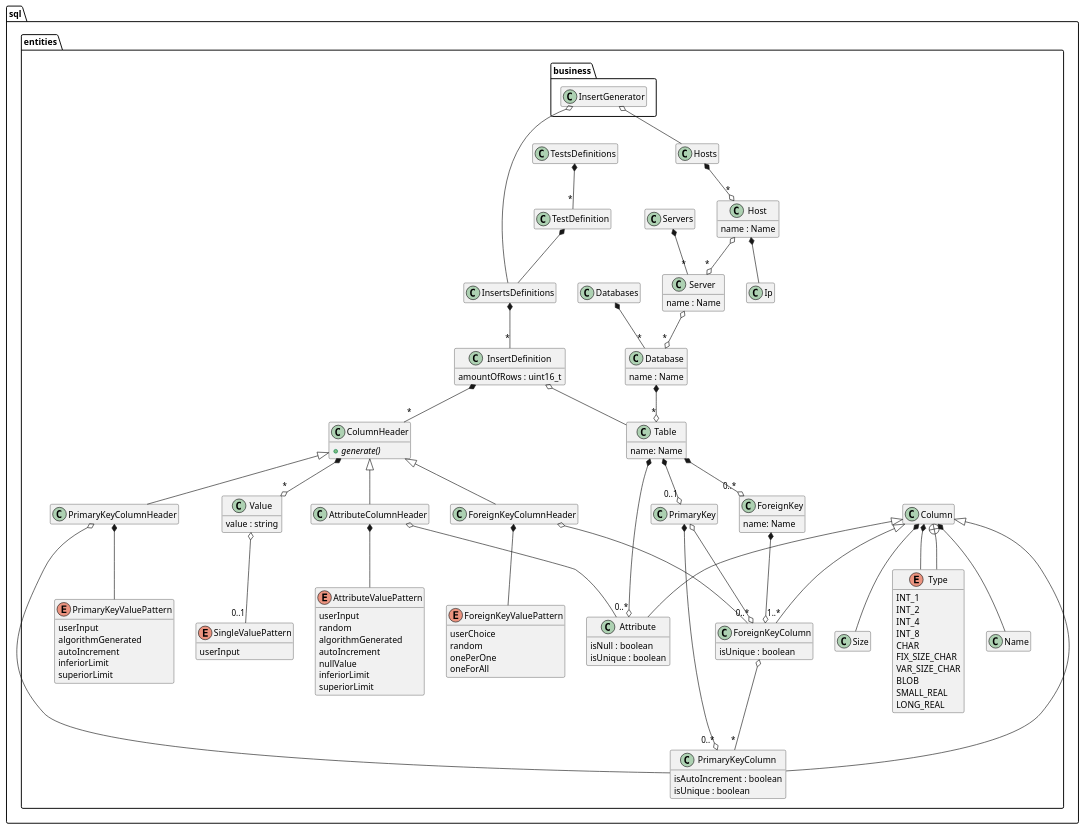
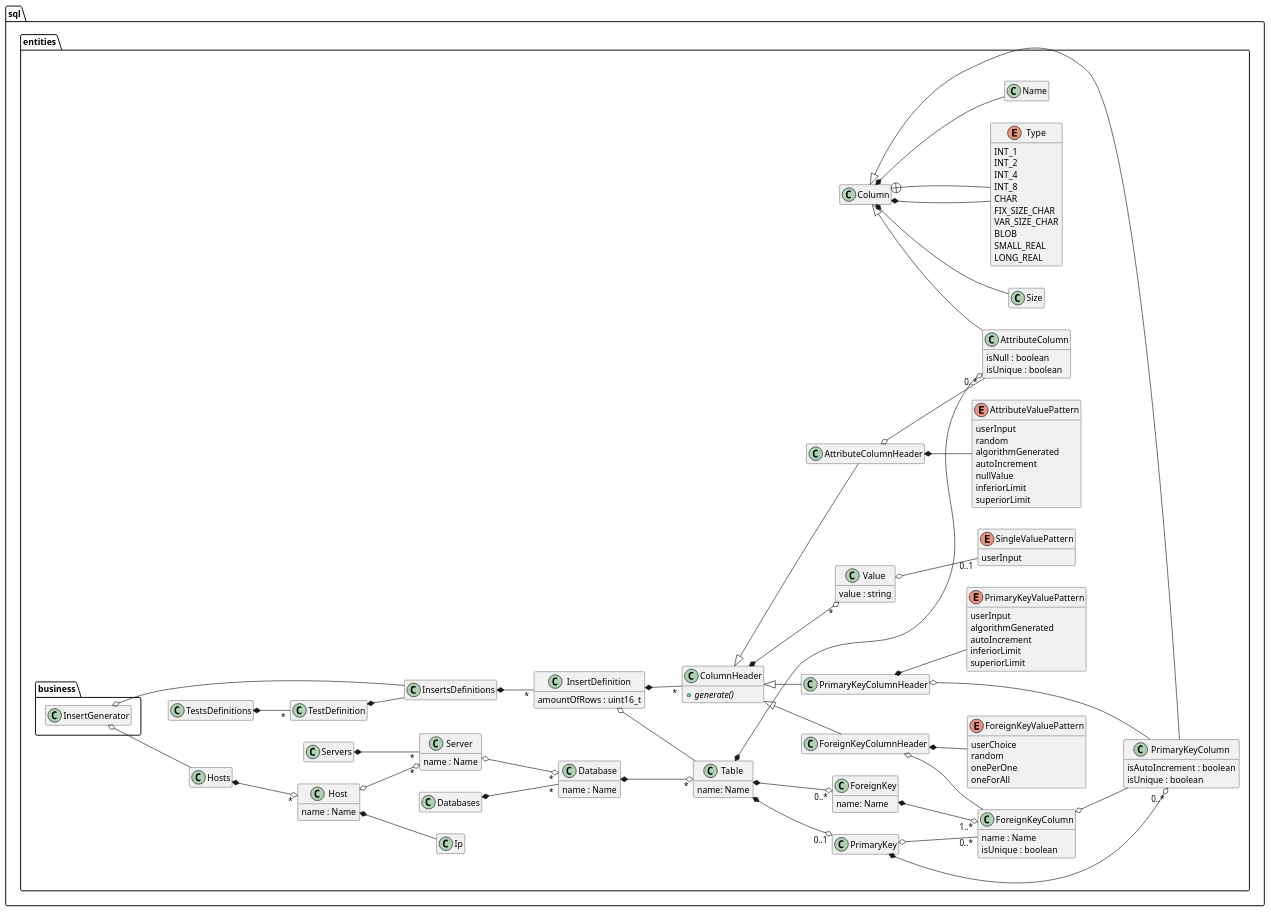
One commit to rodrigocanellas/tenacitas changed the diagram in code/sql/documents/sql.plantuml. Above: the diagram before and after it, drawn with PlantUML. The commit also changed 45 other files, not shown here.

```diff
--- a/code/sql/documents/sql.plantuml
+++ b/code/sql/documents/sql.plantuml
@@ -1,187 +1,187 @@
 @startuml
 
 set namespaceSeparator ::
 
 hide empty members
 allow_mixing
-'left to right direction
+left to right direction
 
 namespace  sql {
 
 namespace entities {
 
 class Size
 enum Type {
 	INT_1
 	INT_2
 	INT_4
 	INT_8
 	CHAR
 	FIX_SIZE_CHAR
 	VAR_SIZE_CHAR
 	BLOB
 	SMALL_REAL
 	LONG_REAL
 }
 class Name
 
 class Column
 
-class Attribute  {
+class AttributeColumn  {
 	isNull : boolean
 	isUnique : boolean
 }
 
 class PrimaryKey
 
 class PrimaryKeyColumn  {
 	isAutoIncrement : boolean
 	isUnique : boolean
 }
 
 class ForeignKeyColumn  {
+	name : Name
 	isUnique : boolean
 }
 
 class Table  {
 	name: Name
 }
 
 
 class ForeignKey  {
 	name: Name
 }
 
 class Database {
 	name : Name
 }
 
 class Ip
 
 class Host {
 	name : Name
 }
 
 class Server {
 	name : Name
 }
 
 class Server
 class Databases
 
 class InsertsDefinitions 
 
 class InsertDefinition {
 	amountOfRows : uint16_t
 }
 
 enum AttributeValuePattern {
 	userInput
 	random
 	algorithmGenerated
 	autoIncrement
 	nullValue
 	inferiorLimit
 	superiorLimit 
 }
 
 enum PrimaryKeyValuePattern {
 	userInput
 	algorithmGenerated
 	autoIncrement	 
 	inferiorLimit
 	superiorLimit 
 }
 
 enum ForeignKeyValuePattern {
 	userChoice
 	random
 	onePerOne
 	oneForAll
 }
 
 
 enum SingleValuePattern {
 	userInput
 }
 
 class Value {
 	value : string
 }
 
 class ColumnHeader {
 	{abstract} + generate()
 }
 class AttributeColumnHeader
 class PrimaryKeyColumnHeader
 class ForeignKeyColumnHeader
 
 class TestDefinition
 class TestsDefinitions
 
 TestsDefinitions *-- "*" TestDefinition
 
 Column *-- Type
 Column +-- Type
 Column *-- Size
 Column *-- Name
 
 TestDefinition *-- InsertsDefinitions
 
-Column <|-- Attribute
+Column <|-- AttributeColumn
 Column <|-- PrimaryKeyColumn 
-Column <|-- ForeignKeyColumn
 
-Table  *--o "0..*" Attribute
+Table  *--o "0..*" AttributeColumn
 Table  *--o "0..1" PrimaryKey 
 Table  *--o "0..*" ForeignKey
 
 PrimaryKey *--o "0..*" PrimaryKeyColumn 
-PrimaryKey o--o "0..*" ForeignKeyColumn
+PrimaryKey o-- "0..*" ForeignKeyColumn
 
 ForeignKey  *--o "1..*" ForeignKeyColumn 
 
-ForeignKeyColumn o-- "*" PrimaryKeyColumn 
+ForeignKeyColumn o--  PrimaryKeyColumn 
 
 Databases *-- "*" Database
 Database *--o "*" Table
 Host o--o "*" Server
 Host *-- Ip
 
 Servers *-- "*" Server 
 Server o--o "*" Database
 
 Hosts *--o "*" Host
 
 InsertsDefinitions *-- "*" InsertDefinition
 
 InsertDefinition *-- "*" ColumnHeader
 InsertDefinition o-- Table
 
 AttributeColumnHeader *-- AttributeValuePattern
-AttributeColumnHeader o-- Attribute 
+AttributeColumnHeader o-- AttributeColumn
 
 PrimaryKeyColumnHeader *-- PrimaryKeyValuePattern
 PrimaryKeyColumnHeader o-- PrimaryKeyColumn
 
 ForeignKeyColumnHeader *-- ForeignKeyValuePattern
 ForeignKeyColumnHeader o-- ForeignKeyColumn
 
 ColumnHeader *--o  "*" Value
 
 ColumnHeader <|-- AttributeColumnHeader
 ColumnHeader <|-- PrimaryKeyColumnHeader
 ColumnHeader <|-- ForeignKeyColumnHeader
 
 Value o-- "0..1" SingleValuePattern
 
 namespace business {
 class InsertGenerator
 
 InsertGenerator o-- sql::entities::InsertsDefinitions
 InsertGenerator o-- sql::entities::Hosts
 }
 }
 
 
 @enduml
```
